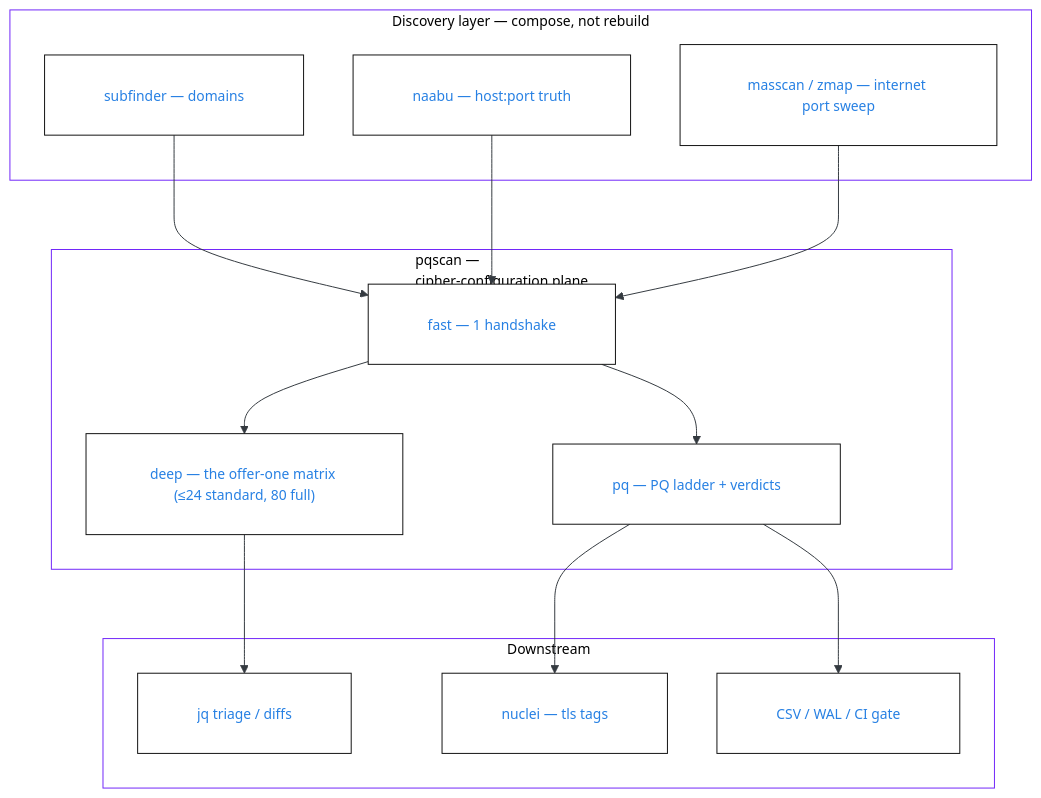
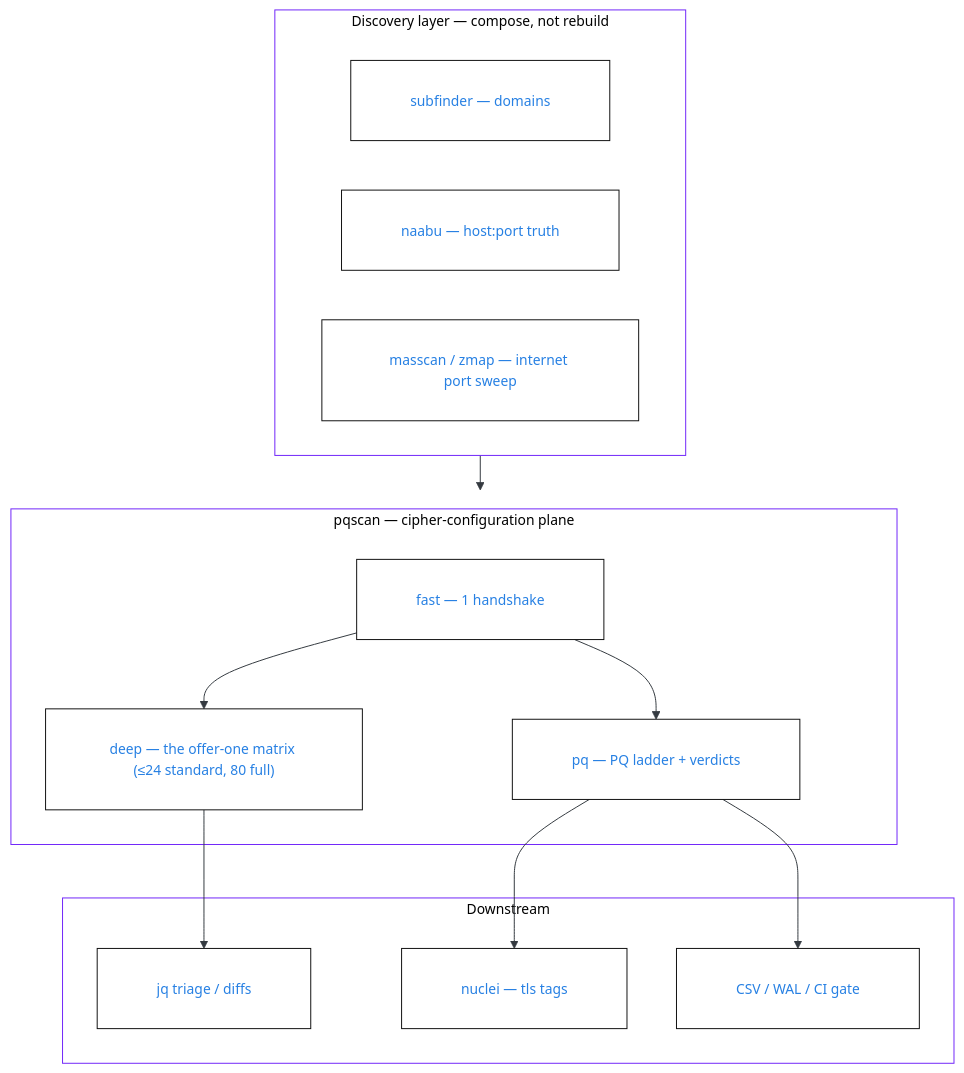
The diagram in site/recipes.qmd (shsingh/pqscan), drawn with Mermaid before and after one commit. The commit also changed other lines of this file and 3 other files, not shown here.

````diff
--- a/site/recipes.qmd
+++ b/site/recipes.qmd
@@ -10,27 +10,25 @@
 ``` {mermaid}
-%%{init: {"theme":"base","themeVariables":{"fontFamily":"ui-sans-serif, system-ui","fontSize":"14px","primaryColor":"#ffffff","primaryTextColor":"#2780e3","primaryBorderColor":"#111111","lineColor":"#343a40","clusterBkg":"#ffffff","clusterBorder":"#7126f9","clusterLabelBackground":"#ffffff"},"flowchart":{"curve":"basis","nodeSpacing":50,"rankSpacing":70,"padding":30,"edgeLabelBackground":"#ffffff","htmlLabels":true}}}%%
+%%{init: {"theme":"base","themeVariables":{"fontFamily":"ui-sans-serif, system-ui","fontSize":"14px","primaryColor":"white","primaryTextColor":"rgb(39,128,227)","primaryBorderColor":"rgb(17,17,17)","lineColor":"rgb(52,58,64)","clusterBkg":"white","clusterBorder":"rgb(113,38,249)","clusterLabelBackground":"white"},"flowchart":{"curve":"basis","nodeSpacing":50,"rankSpacing":70,"padding":30,"subGraphTitleMargin":{"top":0,"bottom":16},"edgeLabelBackground":"white","htmlLabels":true}}}%%
 flowchart TB
   subgraph DISC["Discovery layer — compose, not rebuild"]
     S[subfinder — domains]
     N[naabu — host:port truth]
     M[masscan / zmap — internet port sweep]
   end
-  subgraph PQ["pqscan —<br/>cipher-configuration plane"]
+  subgraph PQ["pqscan — cipher-configuration plane"]
     P1["fast — 1 handshake"]
     P2["deep — the offer-one matrix (≤24 standard, 80 full)"]
     P3["pq — PQ ladder + verdicts"]
   end
   subgraph SINK["Downstream"]
     J[jq triage / diffs]
     U[nuclei — tls tags]
     R[CSV / WAL / CI gate]
   end
-  S --> P1
-  N --> P1
-  M --> P1
+  DISC --> PQ
   P1 --> P2
   P1 --> P3
   P2 --> J
   P3 --> U
   P3 --> R
 ```
````
